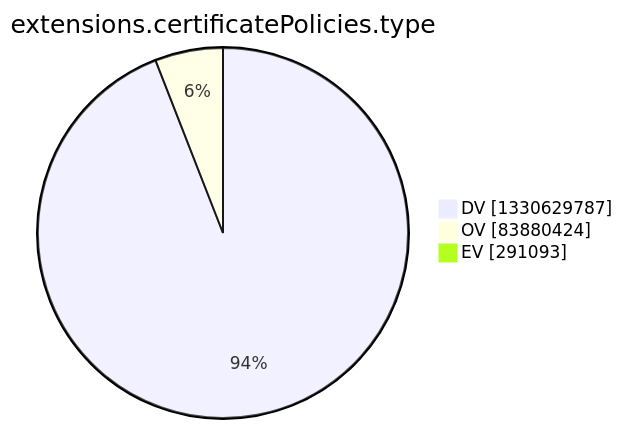
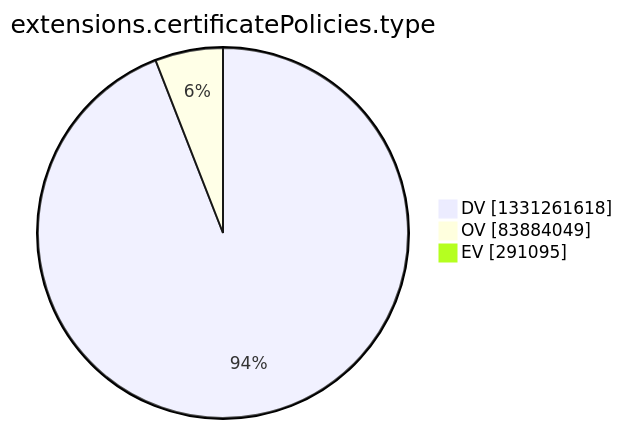
Before and after one commit to christiankrug/ctmonitor_visualization: the tenth of 15 diagrams in argon2022/README.md, drawn with Mermaid. The commit also changed other lines of this file, not shown here.

````diff
--- a/argon2022/README.md
+++ b/argon2022/README.md
@@ -2772,7 +2773,7 @@
 ```mermaid
 pie showData
 title extensions.certificatePolicies.type
-"DV" :1330629787
-"OV" :83880424
-"EV" :291093
+"DV" :1331261618
+"OV" :83884049
+"EV" :291095
 ```
````
